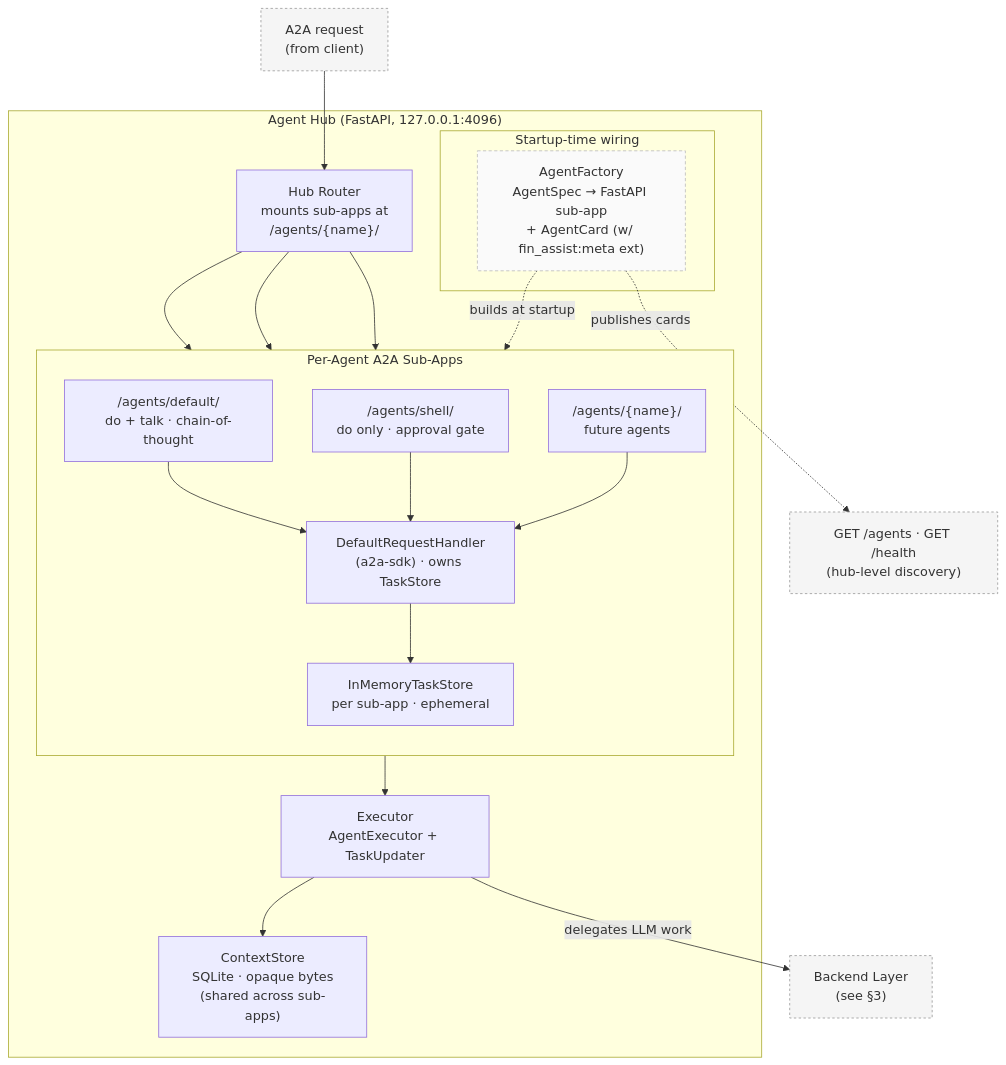
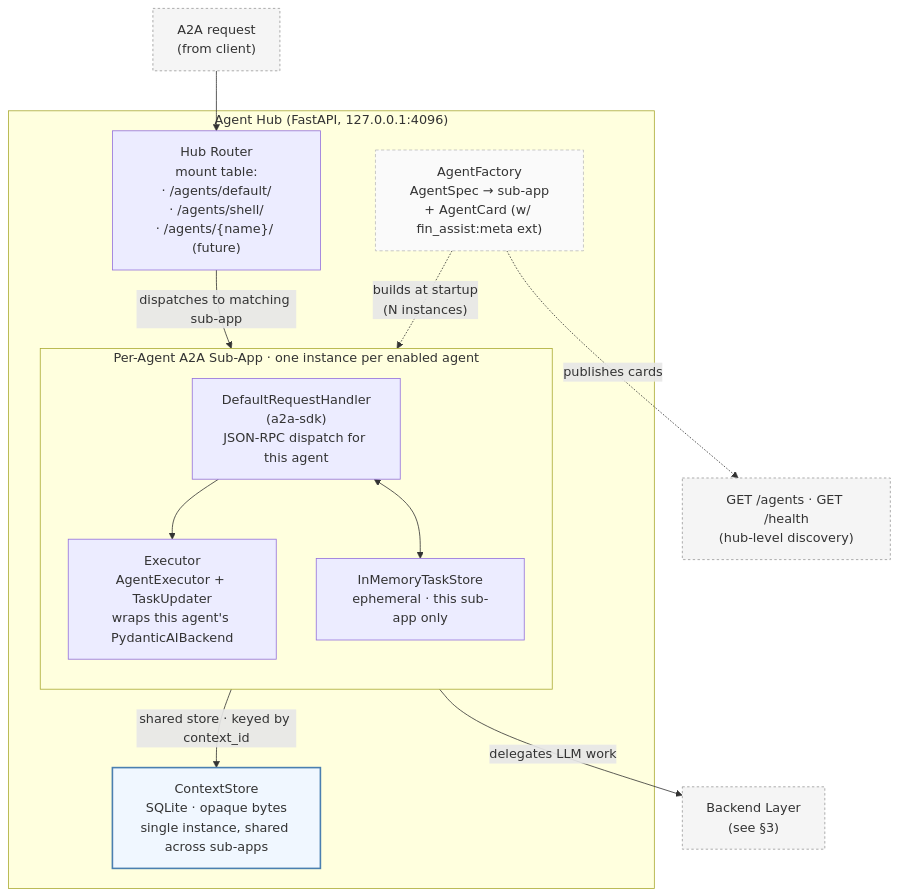
One commit to ColeB1722/fin-assist changed the second of 4 diagrams in README.md. Above: the diagram before and after it, drawn with Mermaid.

Commit message:
diagrams: clarify shared vs. per-agent components in Hub Internals
Previous Diagram 2 showed DefaultRequestHandler, Executor, and
InMemoryTaskStore as single nodes outside the sub-app grouping, which
implied they were hub-shared. In reality each sub-app has its own.

Restructure using the C4/deployment-diagram 'template + multiplicity
annotation' pattern:

- Move DRH, Executor, TaskStore inside the sub-app subgraph.
- Title the subgraph 'Per-Agent A2A Sub-App · one instance per enabled
  agent' so the multiplicity is carried by the group label.
- Mount paths move into the Hub Router node as a bulleted list (they
  are a property of the parent app's mount table, not of sub-apps).
- ContextStore stays outside the sub-app subgraph and gets a distinct
  'shared' style (blue outline) plus explicit 'single instance, shared
  across sub-apps' label to mark it as the one truly hub-shared store.
- AgentFactory -> SubApp edge labeled '(N instances)' to make the
  replication explicit.

No code changes; diagram source only.

````diff
--- a/README.md
+++ b/README.md
@@ -42,43 +42,39 @@
 ```mermaid
 graph TD
     IN["A2A request<br/>(from client)"]
     DISC["GET /agents · GET /health<br/>(hub-level discovery)"]
 
     subgraph HUB_PROC["Agent Hub (FastAPI, 127.0.0.1:4096)"]
-        HUB["Hub Router<br/>mounts sub-apps at<br/>/agents/&lcub;name&rcub;/"]
+        HUB["Hub Router<br/>mount table:<br/>· /agents/default/<br/>· /agents/shell/<br/>· /agents/&lcub;name&rcub;/ (future)"]
 
-        subgraph FACTORY_GRP["Startup-time wiring"]
-            FACTORY["AgentFactory<br/>AgentSpec → FastAPI sub-app<br/>+ AgentCard (w/ fin_assist:meta ext)"]
+        subgraph SUBAPP["Per-Agent A2A Sub-App · one instance per enabled agent"]
+            direction TB
+            DRH["DefaultRequestHandler<br/>(a2a-sdk)<br/>JSON-RPC dispatch for this agent"]
+            EXEC["Executor<br/>AgentExecutor + TaskUpdater<br/>wraps this agent's PydanticAIBackend"]
+            TS["InMemoryTaskStore<br/>ephemeral · this sub-app only"]
         end
 
-        subgraph SUBAPPS["Per-Agent A2A Sub-Apps"]
-            direction TB
-            D["/agents/default/<br/>do + talk · chain-of-thought"]
-            S["/agents/shell/<br/>do only · approval gate"]
-            F["/agents/&lcub;name&rcub;/<br/>future agents"]
-            DRH["DefaultRequestHandler<br/>(a2a-sdk) · owns TaskStore"]
-            TS["InMemoryTaskStore<br/>per sub-app · ephemeral"]
-        end
+        CS["ContextStore<br/>SQLite · opaque bytes<br/>single instance, shared across sub-apps"]
 
-        EXEC["Executor<br/>AgentExecutor + TaskUpdater"]
-        CS["ContextStore<br/>SQLite · opaque bytes<br/>(shared across sub-apps)"]
+        FACTORY["AgentFactory<br/>AgentSpec → sub-app<br/>+ AgentCard (w/ fin_assist:meta ext)"]
     end
 
     BACKEND["Backend Layer<br/>(see §3)"]
 
     IN --> HUB
-    HUB --> D & S & F
-    D & S & F --> DRH
-    DRH --> TS
+    HUB -->|"dispatches to matching sub-app"| DRH
     DRH --> EXEC
-    EXEC --> CS
+    DRH <--> TS
+    EXEC -->|"shared store · keyed by context_id"| CS
     EXEC -->|"delegates LLM work"| BACKEND
 
-    FACTORY -.->|"builds at startup"| SUBAPPS
+    FACTORY -.->|"builds at startup<br/>(N instances)"| SUBAPP
     FACTORY -.->|"publishes cards"| DISC
 
     classDef external fill:#f5f5f5,stroke:#999,stroke-dasharray: 3 3
     class IN,BACKEND,DISC external
     classDef startup fill:#fafafa,stroke:#bbb,stroke-dasharray: 4 3
     class FACTORY startup
+    classDef shared fill:#f0f7ff,stroke:#4a7fb0,stroke-width:2px
+    class CS shared
 ```
````
